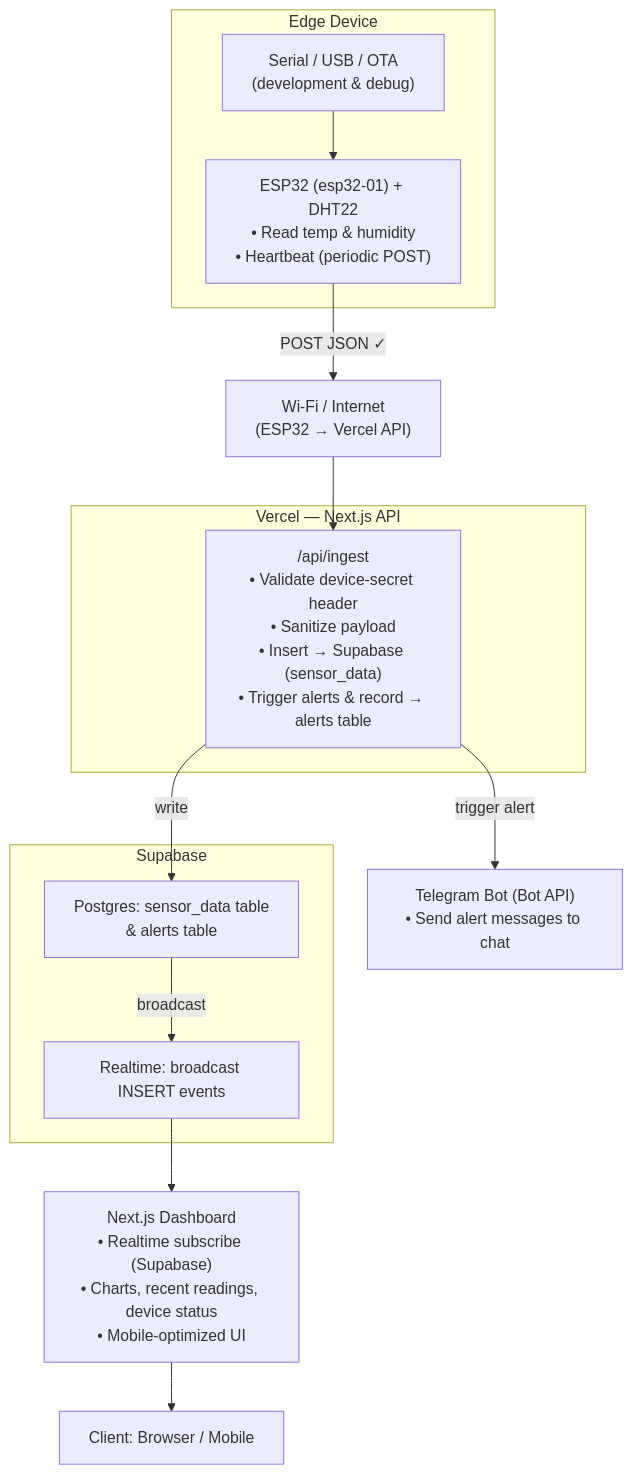
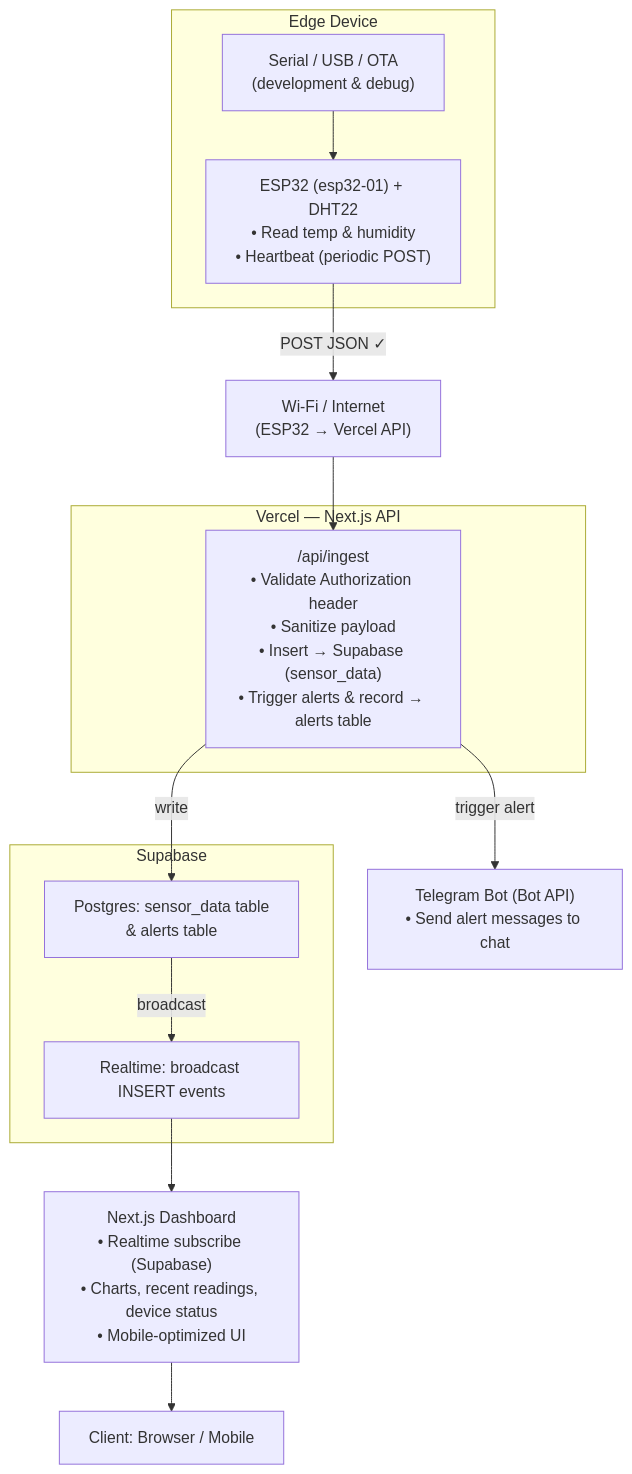
One commit to mA4rK0/IoT-Temperature-Humidity-Monitoring-System changed the diagram in README.md. Above: the diagram before and after it, drawn with Mermaid. The commit also changed other lines of this file, not shown here.

````diff
--- a/README.md
+++ b/README.md
@@ -18,39 +18,39 @@
 ```mermaid
 flowchart TD
   %% Device layer
   subgraph DEVICE["Edge Device"]
     ESP32["ESP32 (esp32-01) + DHT22<br/>• Read temp & humidity<br/>• Heartbeat (periodic POST)"]
     DEVTOOLS["Serial / USB / OTA<br/>(development & debug)"]
   end
 
   %% Network
   WIFI["Wi-Fi / Internet<br/>(ESP32 → Vercel API)"]
 
   %% Server layer
   subgraph VERCEL["Vercel — Next.js API"]
-    API["/api/ingest<br/>• Validate device-secret header<br/>• Sanitize payload<br/>• Insert → Supabase (sensor_data)<br/>• Trigger alerts & record → alerts table"]
+    API["/api/ingest<br/>• Validate Authorization header<br/>• Sanitize payload<br/>• Insert → Supabase (sensor_data)<br/>• Trigger alerts & record → alerts table"]
   end
 
   %% Database & realtime
   subgraph SUPABASE["Supabase"]
     DB["Postgres: sensor_data table<br/>& alerts table"]
     RT["Realtime: broadcast INSERT events"]
   end
 
   %% Frontend & clients
   DASH["Next.js Dashboard<br/>• Realtime subscribe (Supabase)<br/>• Charts, recent readings, device status<br/>• Mobile-optimized UI"]
   CLIENT["Client: Browser / Mobile"]
 
   %% Alerting
   TELE["Telegram Bot (Bot API)<br/>• Send alert messages to chat"]
 
   %% Flow connections (top → bottom)
   ESP32 -->|POST JSON ✓| WIFI
   WIFI --> API
   API -->|write| DB
   DB -->|broadcast| RT
   RT --> DASH
   DASH --> CLIENT
   API -->|trigger alert| TELE
   DEVTOOLS --> ESP32
 ```
````
